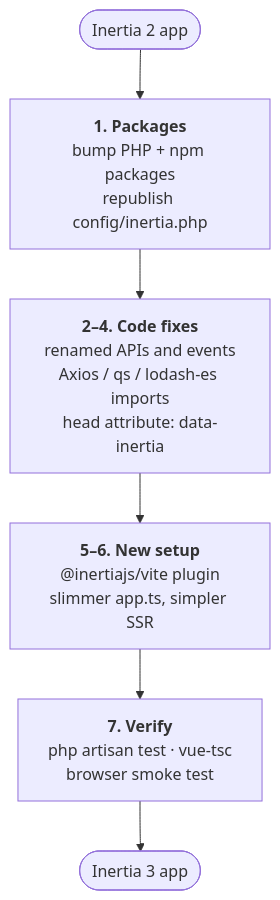
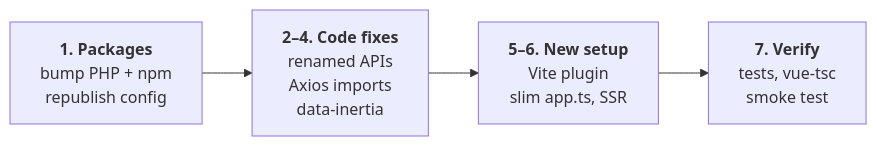
The diagram in docs/diagrams/inertia-upgrade-flow.mmd (ansezz/laravel-vuejs.com), drawn with Mermaid before and after one commit. The commit also changed 8 other files, not shown here.

Commit message:
Pilot: upgrade-inertia-2-to-3 in the post style (date unchanged: 13 Oct); horizontal upgrade diagram; stacked before/after; diagram size from viewBox

```diff
--- a/docs/diagrams/inertia-upgrade-flow.mmd
+++ b/docs/diagrams/inertia-upgrade-flow.mmd
@@ -1,6 +1,13 @@
-flowchart TB
-  A(["Inertia 2 app"]) --> B
-  B["<b>1. Packages</b><br/>bump PHP + npm packages<br/>republish config/inertia.php"] --> C
-  C["<b>2–4. Code fixes</b><br/>renamed APIs and events<br/>Axios / qs / lodash-es imports<br/>head attribute: data-inertia"] --> D
-  D["<b>5–6. New setup</b><br/>@inertiajs/vite plugin<br/>slimmer app.ts, simpler SSR"] --> E
-  E["<b>7. Verify</b><br/>php artisan test · vue-tsc<br/>browser smoke test"] --> F(["Inertia 3 app"])
+flowchart LR
+  B["`**1. Packages**
+  bump PHP + npm
+  republish config`"] --> C["`**2–4. Code fixes**
+  renamed APIs
+  Axios imports
+  data-inertia`"]
+  C --> D["`**5–6. New setup**
+  Vite plugin
+  slim app.ts, SSR`"]
+  D --> E["`**7. Verify**
+  tests, vue-tsc
+  smoke test`"]
```
